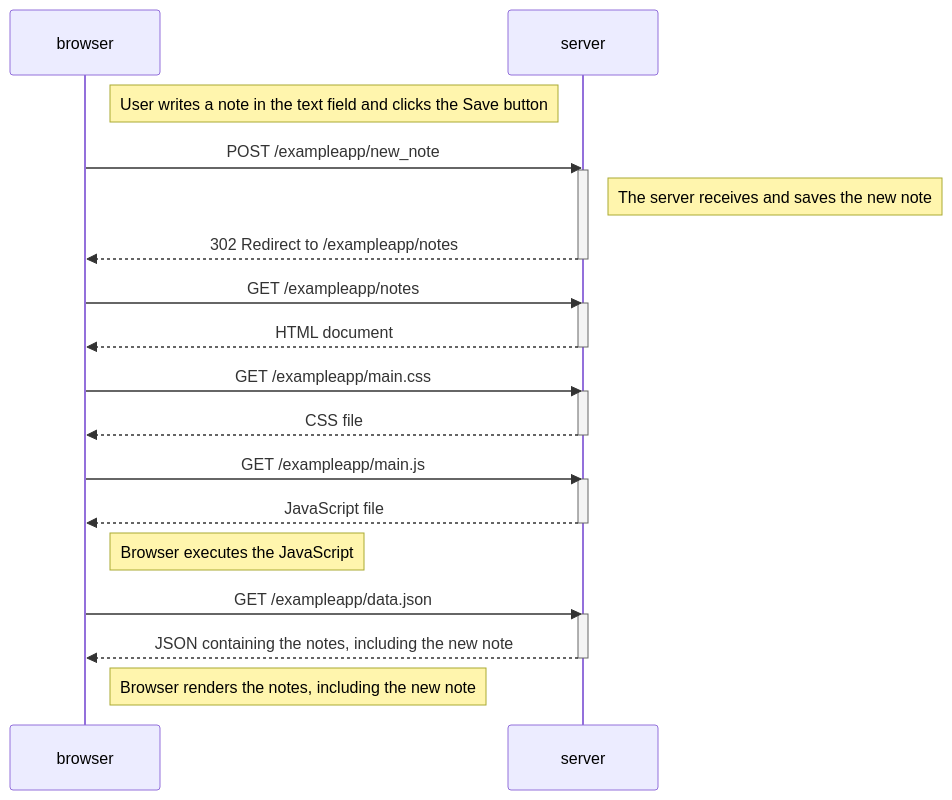
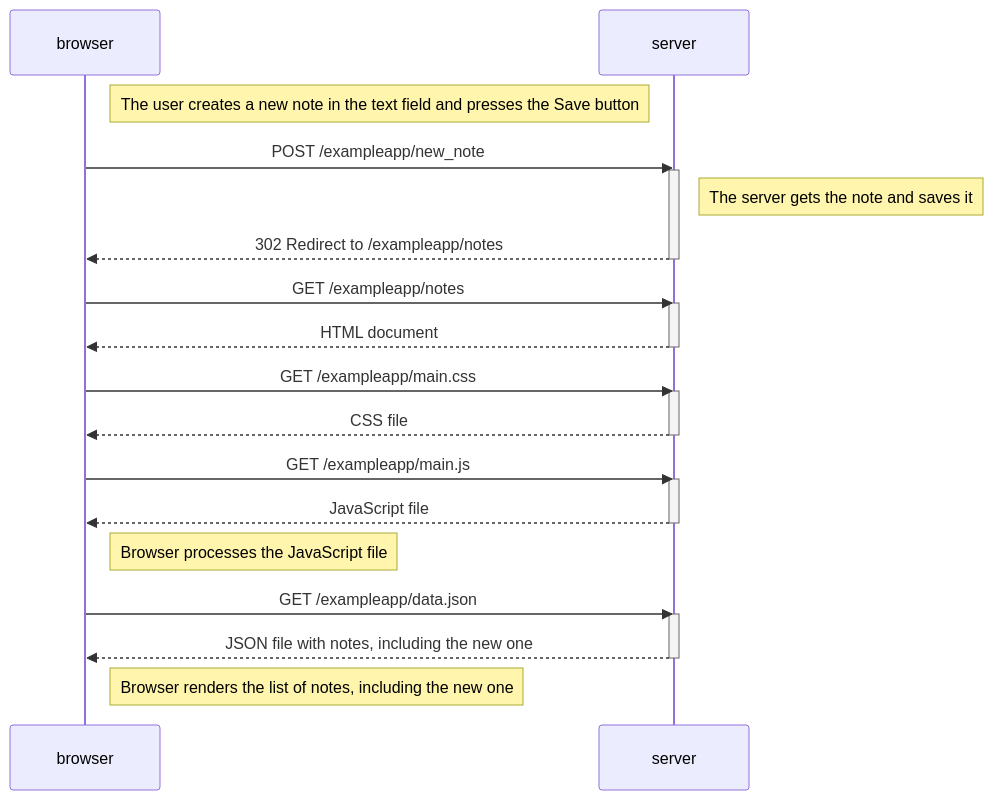
The diagram in new_note.md (AmanuelDev993/Part0), drawn with Mermaid before and after one commit. The commit also changed other lines of this file, not shown here.

Commit message:
Update note diagram for clarity and detail

````diff
--- a/new_note.md
+++ b/new_note.md
@@ -3,37 +3,37 @@
 ```mermaid
 sequenceDiagram
     participant browser
     participant server
 
-    Note right of browser: User writes a note in the text field and clicks the Save button
+    Note right of browser: The user creates a new note in the text field and presses the Save button
 
     browser->>server: POST /exampleapp/new_note
     activate server
-    Note right of server: The server receives and saves the new note
+    Note right of server: The server gets the note and saves it
     server-->>browser: 302 Redirect to /exampleapp/notes
     deactivate server
 
     browser->>server: GET /exampleapp/notes
     activate server
     server-->>browser: HTML document
     deactivate server
 
     browser->>server: GET /exampleapp/main.css
     activate server
     server-->>browser: CSS file
     deactivate server
 
     browser->>server: GET /exampleapp/main.js
     activate server
     server-->>browser: JavaScript file
     deactivate server
 
-    Note right of browser: Browser executes the JavaScript
+    Note right of browser: Browser processes the JavaScript file
 
     browser->>server: GET /exampleapp/data.json
     activate server
-    server-->>browser: JSON containing the notes, including the new note
+    server-->>browser: JSON file with notes, including the new one
     deactivate server
 
-    Note right of browser: Browser renders the notes, including the new note
+    Note right of browser: Browser renders the list of notes, including the new one
 ```
````
